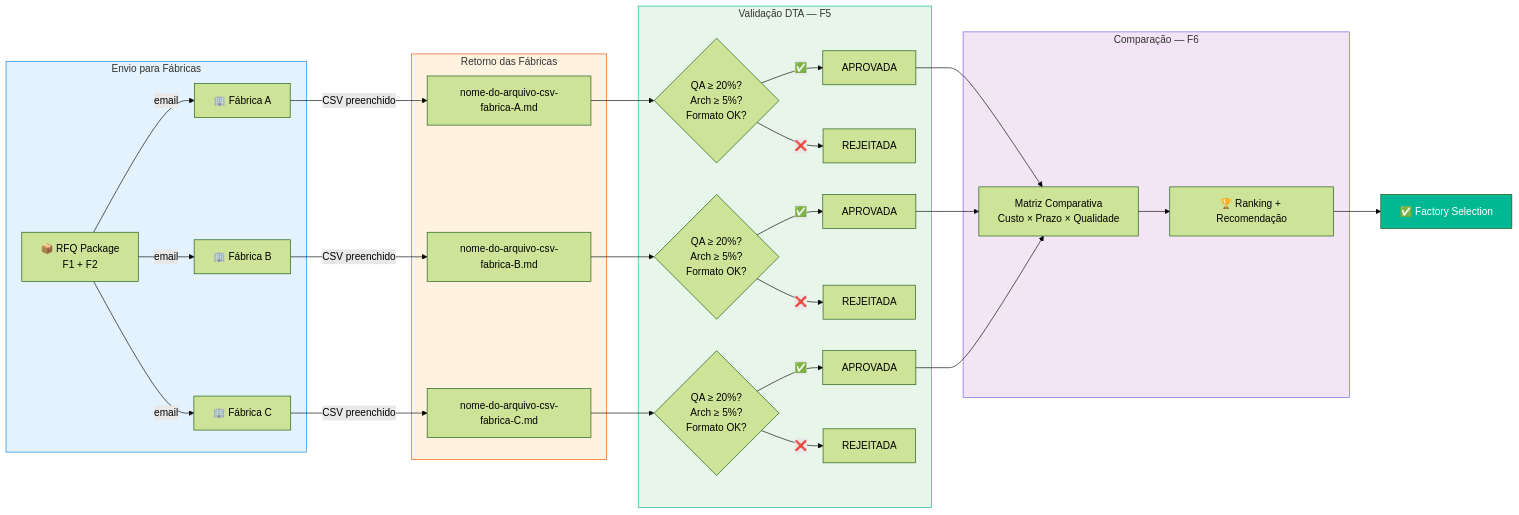
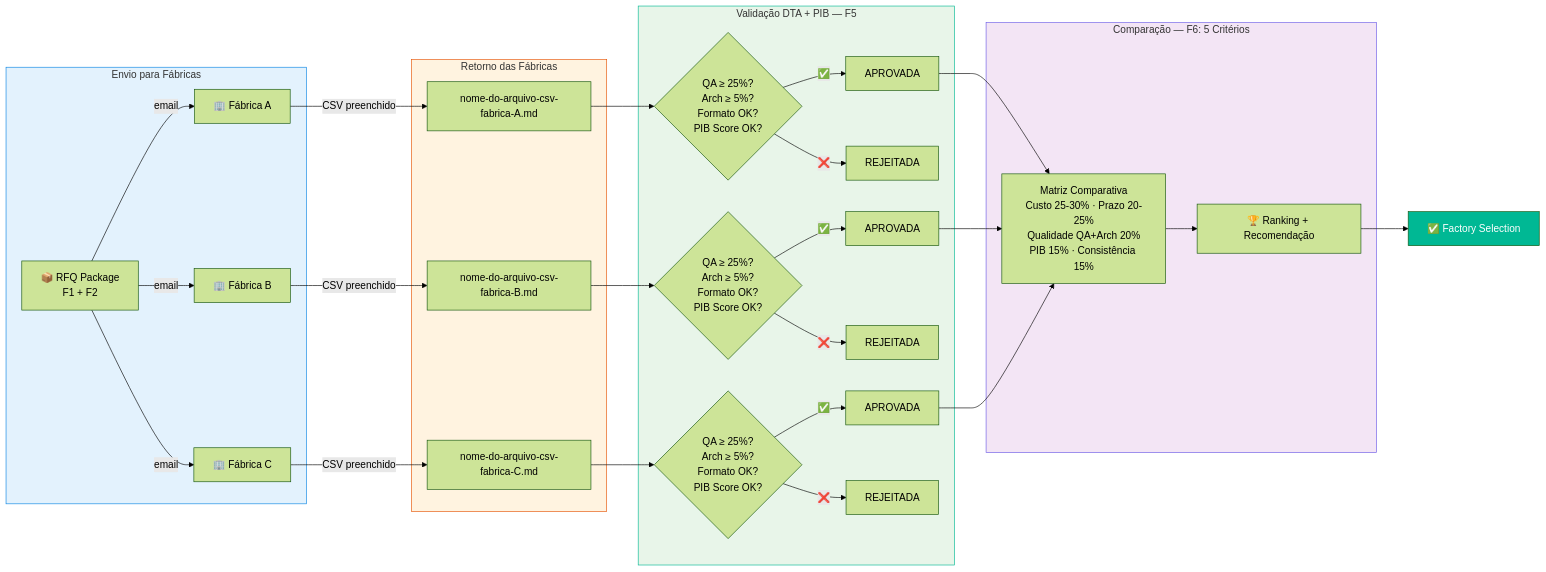
One commit to bolismar69/workspace-fbso changed the sixth of 8 diagrams in .specs/prompts/sourcing-factory-bidding/FLOWCHART-PROMPT-ROADMAP-GENERATE-SOURCING-FACTORY-BIDDING.md. Above: the diagram before and after it, drawn with Mermaid (forest theme). The commit also changed other lines of this file and 129 other files, not shown here.

````diff
--- a/.specs/prompts/sourcing-factory-bidding/FLOWCHART-PROMPT-ROADMAP-GENERATE-SOURCING-FACTORY-BIDDING.md
+++ b/.specs/prompts/sourcing-factory-bidding/FLOWCHART-PROMPT-ROADMAP-GENERATE-SOURCING-FACTORY-BIDDING.md
@@ -279,41 +340,41 @@
 ```mermaid
 flowchart LR
     subgraph ENVIO[Envio para Fábricas]
         RFQ[📦 RFQ Package<br/>F1 + F2] -->|email| FAB_A[🏢 Fábrica A]
         RFQ -->|email| FAB_B[🏢 Fábrica B]
         RFQ -->|email| FAB_C[🏢 Fábrica C]
     end
 
     subgraph RETORNO[Retorno das Fábricas]
         FAB_A -->|CSV preenchido| EST_A[nome-do-arquivo-csv-fabrica-A.md]
         FAB_B -->|CSV preenchido| EST_B[nome-do-arquivo-csv-fabrica-B.md]
         FAB_C -->|CSV preenchido| EST_C[nome-do-arquivo-csv-fabrica-C.md]
     end
 
-    subgraph VALIDACAO[Validação DTA — F5]
-        EST_A --> VAL_A{"QA ≥ 20%?<br/>Arch ≥ 5%?<br/>Formato OK?"}
-        EST_B --> VAL_B{"QA ≥ 20%?<br/>Arch ≥ 5%?<br/>Formato OK?"}
-        EST_C --> VAL_C{"QA ≥ 20%?<br/>Arch ≥ 5%?<br/>Formato OK?"}
+    subgraph VALIDACAO[Validação DTA + PIB — F5]
+        EST_A --> VAL_A{"QA ≥ 25%?<br/>Arch ≥ 5%?<br/>Formato OK?<br/>PIB Score OK?"}
+        EST_B --> VAL_B{"QA ≥ 25%?<br/>Arch ≥ 5%?<br/>Formato OK?<br/>PIB Score OK?"}
+        EST_C --> VAL_C{"QA ≥ 25%?<br/>Arch ≥ 5%?<br/>Formato OK?<br/>PIB Score OK?"}
         VAL_A -->|✅| OK_A[APROVADA]
         VAL_A -->|❌| REJ_A[REJEITADA]
         VAL_B -->|✅| OK_B[APROVADA]
         VAL_B -->|❌| REJ_B[REJEITADA]
         VAL_C -->|✅| OK_C[APROVADA]
         VAL_C -->|❌| REJ_C[REJEITADA]
     end
 
-    subgraph COMPARACAO[Comparação — F6]
-        OK_A --> MATRIZ[Matriz Comparativa<br/>Custo × Prazo × Qualidade]
+    subgraph COMPARACAO[Comparação — F6: 5 Critérios]
+        OK_A --> MATRIZ[Matriz Comparativa<br/>Custo 25-30% · Prazo 20-25%<br/>Qualidade QA+Arch 20%<br/>PIB 15% · Consistência 15%]
         OK_B --> MATRIZ
         OK_C --> MATRIZ
         MATRIZ --> RANKING[🏆 Ranking + Recomendação]
     end
 
     RANKING --> FIM[✅ Factory Selection]
 
     style ENVIO fill:#e3f2fd,stroke:#0984e3
     style RETORNO fill:#fff3e0,stroke:#e65100
     style VALIDACAO fill:#e8f5e9,stroke:#00b894
     style COMPARACAO fill:#f3e5f5,stroke:#6c5ce7
     style FIM fill:#00b894,color:#fff
 ```
````
